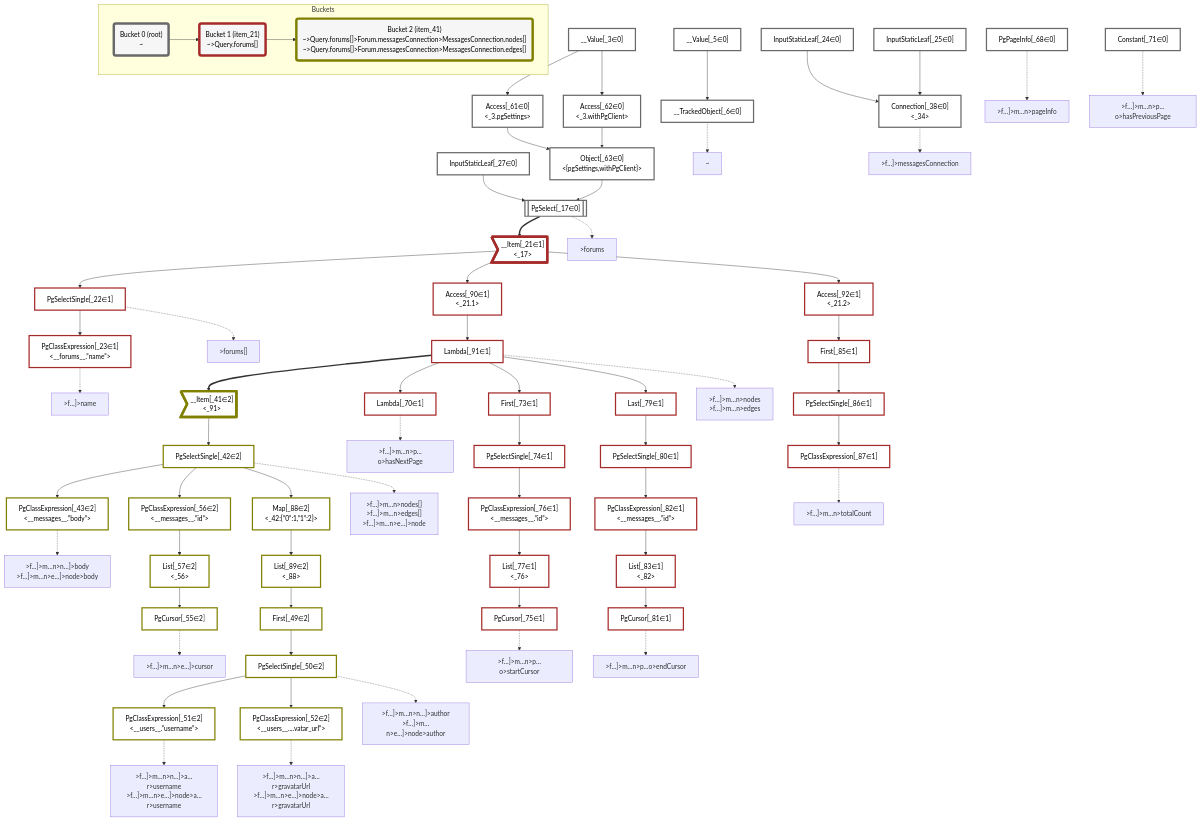
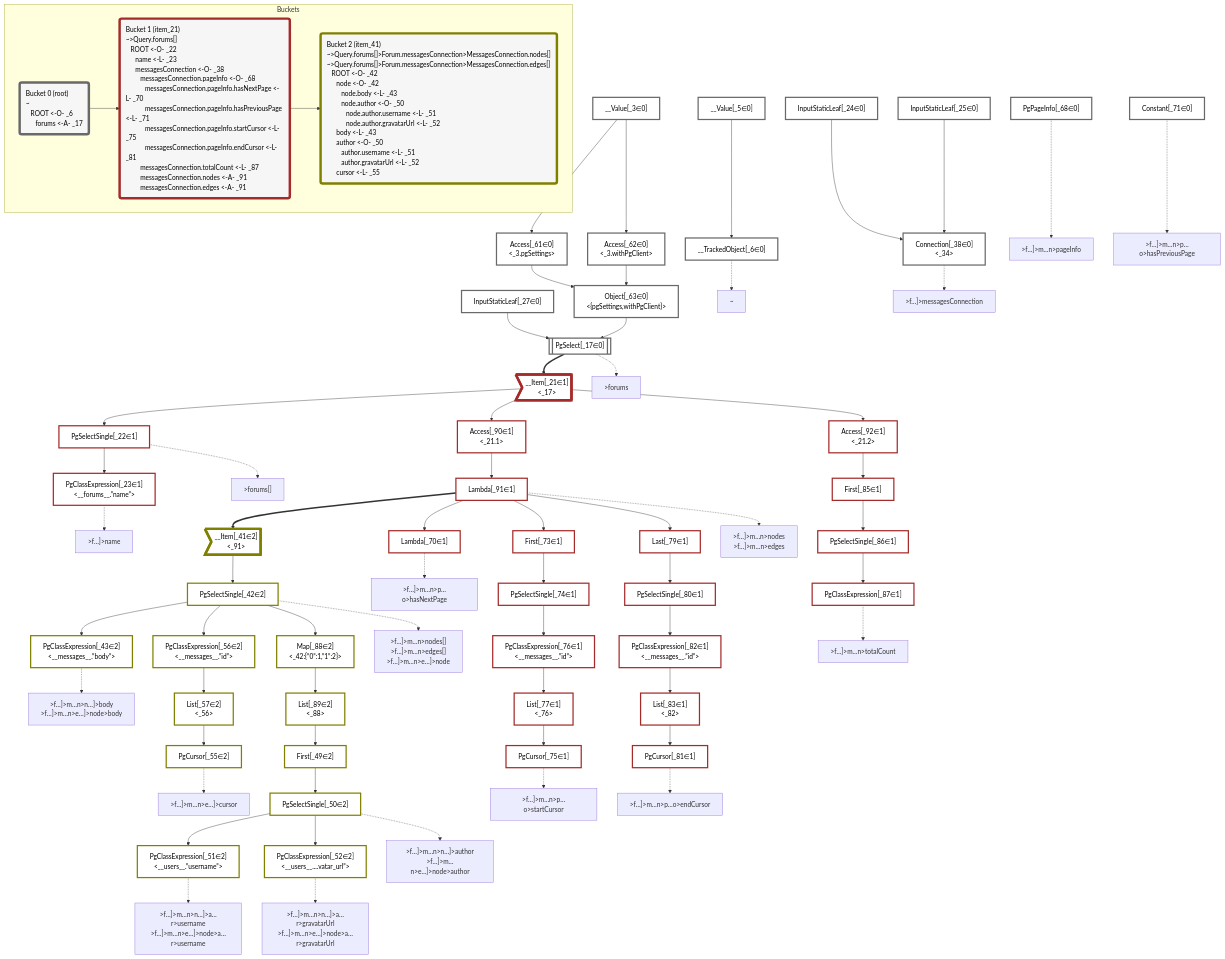
One commit to graphile/crystal changed the diagram in packages/dataplan-pg/__tests__/queries/conditions/condition-featured-messages.mermaid.md. Above: the diagram before and after it, drawn with Mermaid. The commit also changed 195 other files, not shown here.

```diff
--- a/packages/dataplan-pg/__tests__/queries/conditions/condition-featured-messages.mermaid.md
+++ b/packages/dataplan-pg/__tests__/queries/conditions/condition-featured-messages.mermaid.md
@@ -4,7 +4,7 @@
     classDef plan fill:#fff,stroke-width:3px,color:#000
     classDef itemplan fill:#fff,stroke-width:6px,color:#000
     classDef sideeffectplan fill:#f00,stroke-width:6px,color:#000
-    classDef bucket fill:#f6f6f6,color:#000,stroke-width:6px
+    classDef bucket fill:#f6f6f6,color:#000,stroke-width:6px,text-align:left
 
 
     %% define plans
@@ -144,12 +144,12 @@
     class __Item_41,PgSelectSingle_42,PgClassExpression_43,First_49,PgSelectSingle_50,PgClassExpression_51,PgClassExpression_52,PgCursor_55,PgClassExpression_56,List_57,Map_88,List_89 bucket2
 
     subgraph Buckets
-    Bucket0("Bucket 0 (root)<br />~"):::bucket
+    Bucket0("Bucket 0 (root)<br />~<br />⠀ROOT <-O- _6<br />⠀⠀forums <-A- _17"):::bucket
     style Bucket0 stroke:#696969
-    Bucket1("Bucket 1 (item_21)<br />~>Query.forums[]"):::bucket
+    Bucket1("Bucket 1 (item_21)<br />~>Query.forums[]<br />⠀ROOT <-O- _22<br />⠀⠀name <-L- _23<br />⠀⠀messagesConnection <-O- _38<br />⠀⠀⠀messagesConnection.pageInfo <-O- _68<br />⠀⠀⠀⠀messagesConnection.pageInfo.hasNextPage <-L- _70<br />⠀⠀⠀⠀messagesConnection.pageInfo.hasPreviousPage <-L- _71<br />⠀⠀⠀⠀messagesConnection.pageInfo.startCursor <-L- _75<br />⠀⠀⠀⠀messagesConnection.pageInfo.endCursor <-L- _81<br />⠀⠀⠀messagesConnection.totalCount <-L- _87<br />⠀⠀⠀messagesConnection.nodes <-A- _91<br />⠀⠀⠀messagesConnection.edges <-A- _91"):::bucket
     style Bucket1 stroke:#a52a2a
     Bucket0 --> Bucket1
-    Bucket2("Bucket 2 (item_41)<br />~>Query.forums[]>Forum.messagesConnection>MessagesConnection.nodes[]<br />~>Query.forums[]>Forum.messagesConnection>MessagesConnection.edges[]"):::bucket
+    Bucket2("Bucket 2 (item_41)<br />~>Query.forums[]>Forum.messagesConnection>MessagesConnection.nodes[]<br />~>Query.forums[]>Forum.messagesConnection>MessagesConnection.edges[]<br />⠀ROOT <-O- _42<br />⠀⠀node <-O- _42<br />⠀⠀⠀node.body <-L- _43<br />⠀⠀⠀node.author <-O- _50<br />⠀⠀⠀⠀node.author.username <-L- _51<br />⠀⠀⠀⠀node.author.gravatarUrl <-L- _52<br />⠀⠀body <-L- _43<br />⠀⠀author <-O- _50<br />⠀⠀⠀author.username <-L- _51<br />⠀⠀⠀author.gravatarUrl <-L- _52<br />⠀⠀cursor <-L- _55"):::bucket
     style Bucket2 stroke:#808000
     Bucket1 --> Bucket2
     end
```
